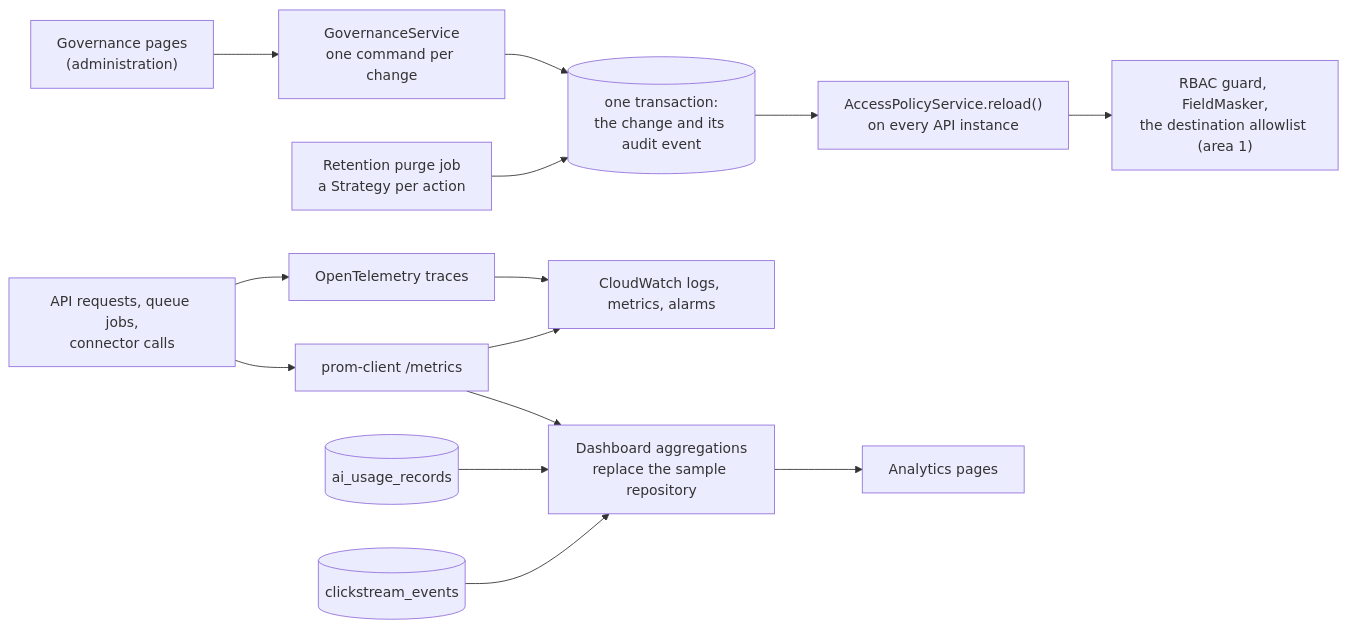
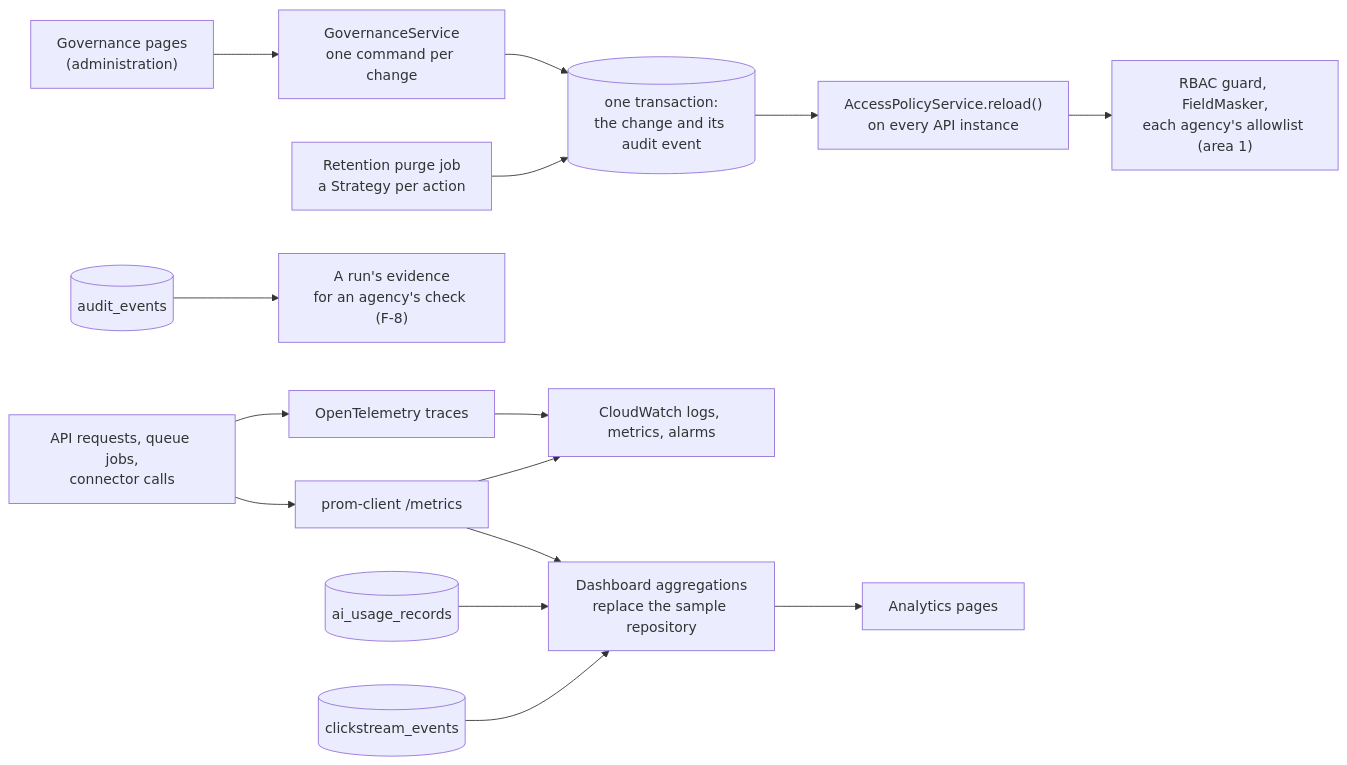
One commit to xiu2809xiu-rgb/sccci-innovation-project changed the first of 2 diagrams in docs/team/area-4-governance-security-monitoring.md. Above: the diagram before and after it, drawn with Mermaid. The commit also changed other lines of this file, not shown here.

First line of the commit message:
docs(area4): rewrite the area 4 guide for statement #5

````diff
--- a/docs/team/area-4-governance-security-monitoring.md
+++ b/docs/team/area-4-governance-security-monitoring.md
@@ -44,16 +46,17 @@
 ```mermaid
 flowchart LR
   ADMIN["Governance pages<br/>(administration)"] --> SVC["GovernanceService<br/>one command per change"]
   SVC --> TX[("one transaction:<br/>the change and its audit event")]
   TX --> RELOAD["AccessPolicyService.reload()<br/>on every API instance"]
-  RELOAD --> GUARD["RBAC guard, FieldMasker,<br/>the destination allowlist (area 1)"]
+  RELOAD --> GUARD["RBAC guard, FieldMasker,<br/>each agency's allowlist (area 1)"]
   JOB["Retention purge job<br/>a Strategy per action"] --> TX
+  AUDIT[("audit_events")] --> EVID["A run's evidence<br/>for an agency's check (F-8)"]
   API["API requests, queue jobs,<br/>connector calls"] --> OTEL["OpenTelemetry traces"]
   API --> PROM["prom-client /metrics"]
   OTEL --> CW["CloudWatch logs, metrics, alarms"]
   PROM --> CW
   USAGE[("ai_usage_records")] --> AGG["Dashboard aggregations<br/>replace the sample repository"]
   CLICKS[("clickstream_events")] --> AGG
   PROM --> AGG
   AGG --> DASH["Analytics pages"]
 ```
````
